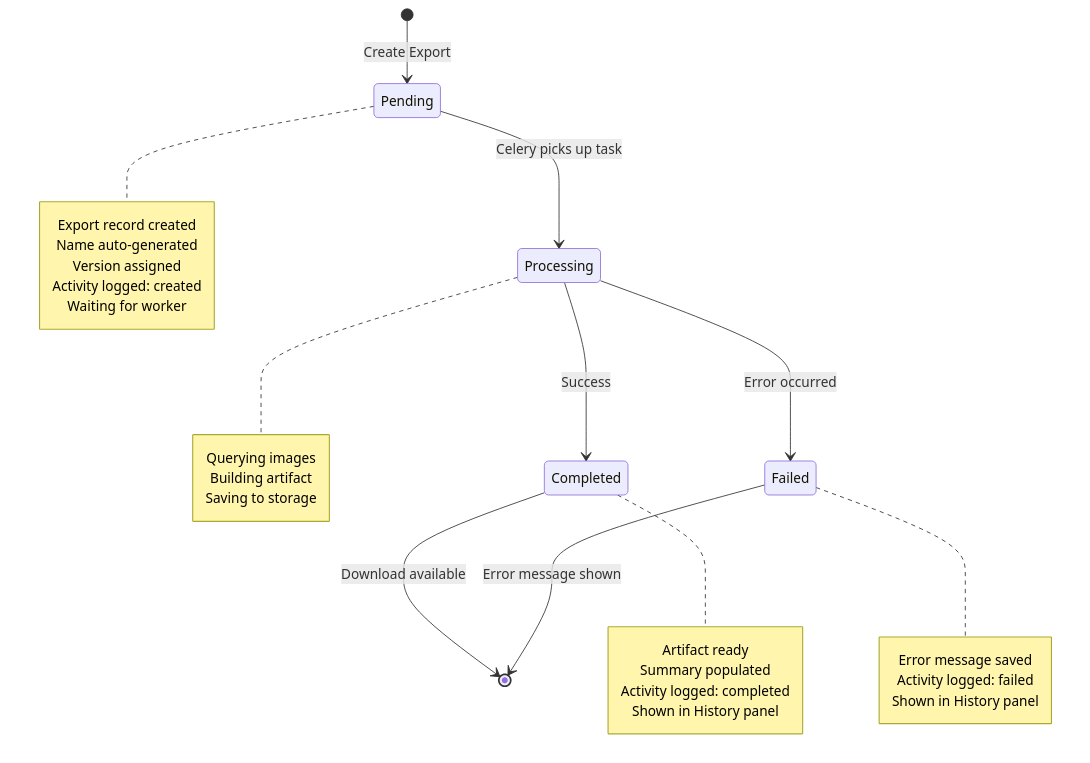
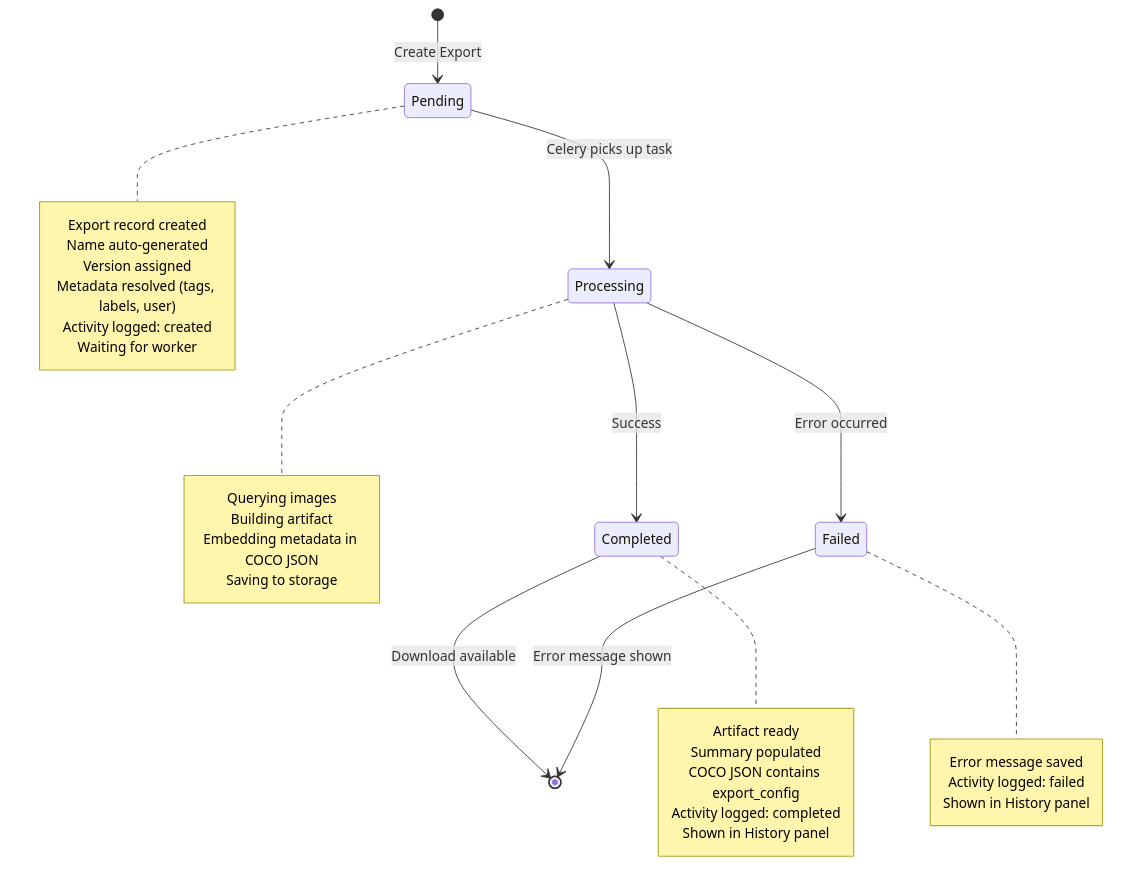
Before and after one commit to agfianf/annotate-anu: the third of 5 diagrams in docs/export-workflow.md, drawn with Mermaid. The commit also changed other lines of this file and 13 other files, not shown here.

First line of the commit message:
feat(exports): persist resolved metadata and improve history UI

````diff
--- a/docs/export-workflow.md
+++ b/docs/export-workflow.md
@@ -156,38 +178,41 @@
 ```mermaid
 stateDiagram-v2
     [*] --> Pending: Create Export
 
     Pending --> Processing: Celery picks up task
     Processing --> Completed: Success
     Processing --> Failed: Error occurred
 
     Completed --> [*]: Download available
     Failed --> [*]: Error message shown
 
     note right of Pending
         Export record created
         Name auto-generated
         Version assigned
+        Metadata resolved (tags, labels, user)
         Activity logged: created
         Waiting for worker
     end note
 
     note right of Processing
         Querying images
         Building artifact
+        Embedding metadata in COCO JSON
         Saving to storage
     end note
 
     note right of Completed
         Artifact ready
         Summary populated
+        COCO JSON contains export_config
         Activity logged: completed
         Shown in History panel
     end note
 
     note right of Failed
         Error message saved
         Activity logged: failed
         Shown in History panel
     end note
 ```
````
